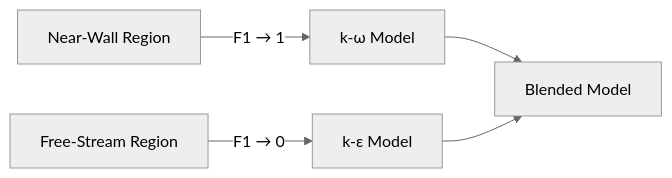
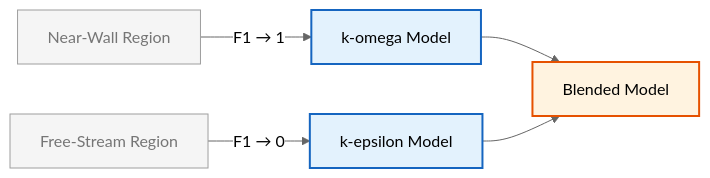
Before and after one commit to wramet/build-my-cfd: the diagram in MODULE_03_SINGLE_PHASE_FLOW/CONTENT/03_TURBULENCE_MODELING/02_RANS_Models.md, drawn with Mermaid (neutral theme). The commit also changed 313 other files, not shown here.

Commit message:
Revise all diagram

````diff
--- a/MODULE_03_SINGLE_PHASE_FLOW/CONTENT/03_TURBULENCE_MODELING/02_RANS_Models.md
+++ b/MODULE_03_SINGLE_PHASE_FLOW/CONTENT/03_TURBULENCE_MODELING/02_RANS_Models.md
@@ -257,7 +257,12 @@
 ```mermaid
 flowchart LR
-    A[Near-Wall Region] -->|F1 → 1| B[k-ω Model]
-    C[Free-Stream Region] -->|F1 → 0| D[k-ε Model]
-    B --> E[Blended Model]
-    D --> E
+%% Classes
+classDef explicit fill:#fff3e0,stroke:#e65100,stroke-width:2px;
+classDef implicit fill:#e3f2fd,stroke:#1565c0,stroke-width:2px;
+classDef context fill:#f5f5f5,stroke:#9e9e9e,stroke-width:1px,color:#757575;
+%% Nodes
+A[Near-Wall Region]:::context -->|F1 → 1| B[k-omega Model]:::implicit
+C[Free-Stream Region]:::context -->|F1 → 0| D[k-epsilon Model]:::implicit
+B --> E[Blended Model]:::explicit
+D --> E
 ```
````
